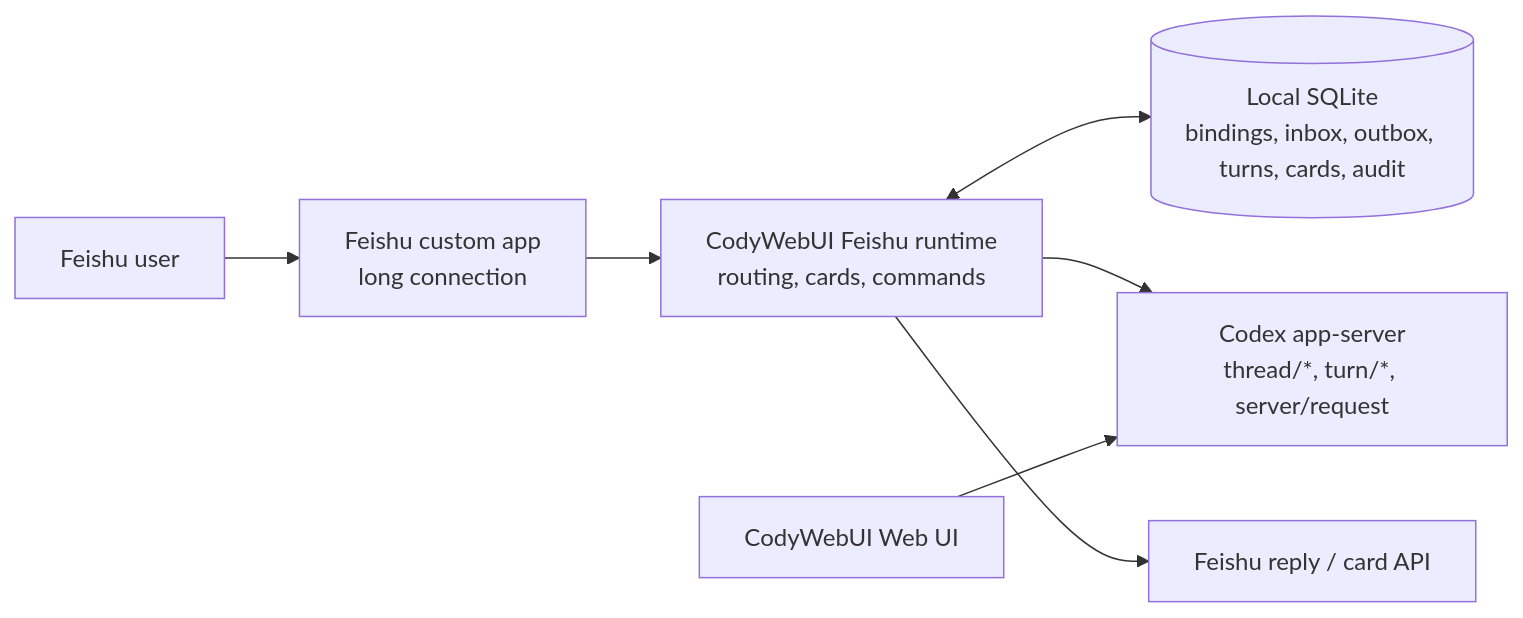
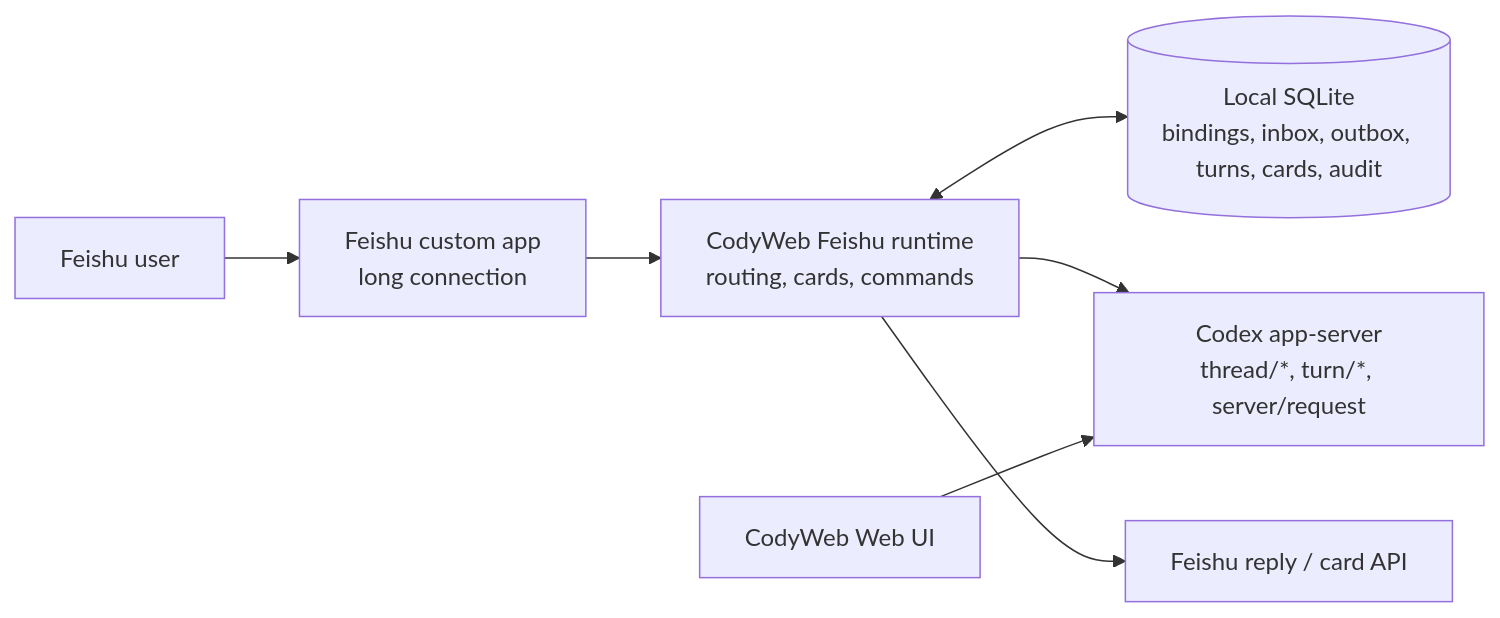
One commit to CodyCodeAgent/CodyWebUI changed the diagram in docs/FEISHU_INTEGRATION.md. Above: the diagram before and after it, drawn with Mermaid. The commit also changed other lines of this file and 53 other files, not shown here.

Commit message:
Rename displayed product brand to CodyWeb

````diff
--- a/docs/FEISHU_INTEGRATION.md
+++ b/docs/FEISHU_INTEGRATION.md
@@ -19,9 +19,9 @@
 ```mermaid
 flowchart LR
   U["Feishu user"] --> F["Feishu custom app\nlong connection"]
-  F --> R["CodyWebUI Feishu runtime\nrouting, cards, commands"]
+  F --> R["CodyWeb Feishu runtime\nrouting, cards, commands"]
   R <--> S[("Local SQLite\nbindings, inbox, outbox, turns, cards, audit")]
   R --> G["Codex app-server\nthread/*, turn/*, server/request"]
-  W["CodyWebUI Web UI"] --> G
+  W["CodyWeb Web UI"] --> G
   R --> C["Feishu reply / card API"]
 ```
````
